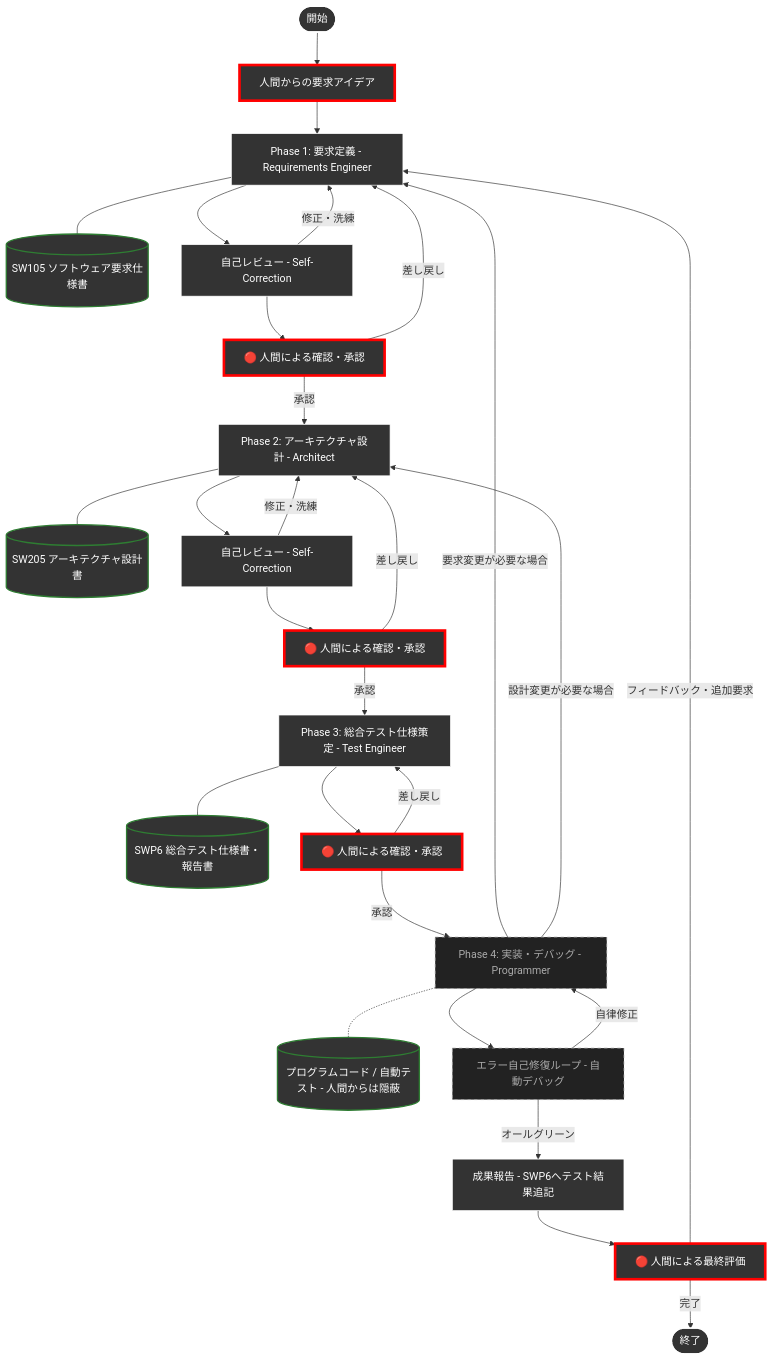
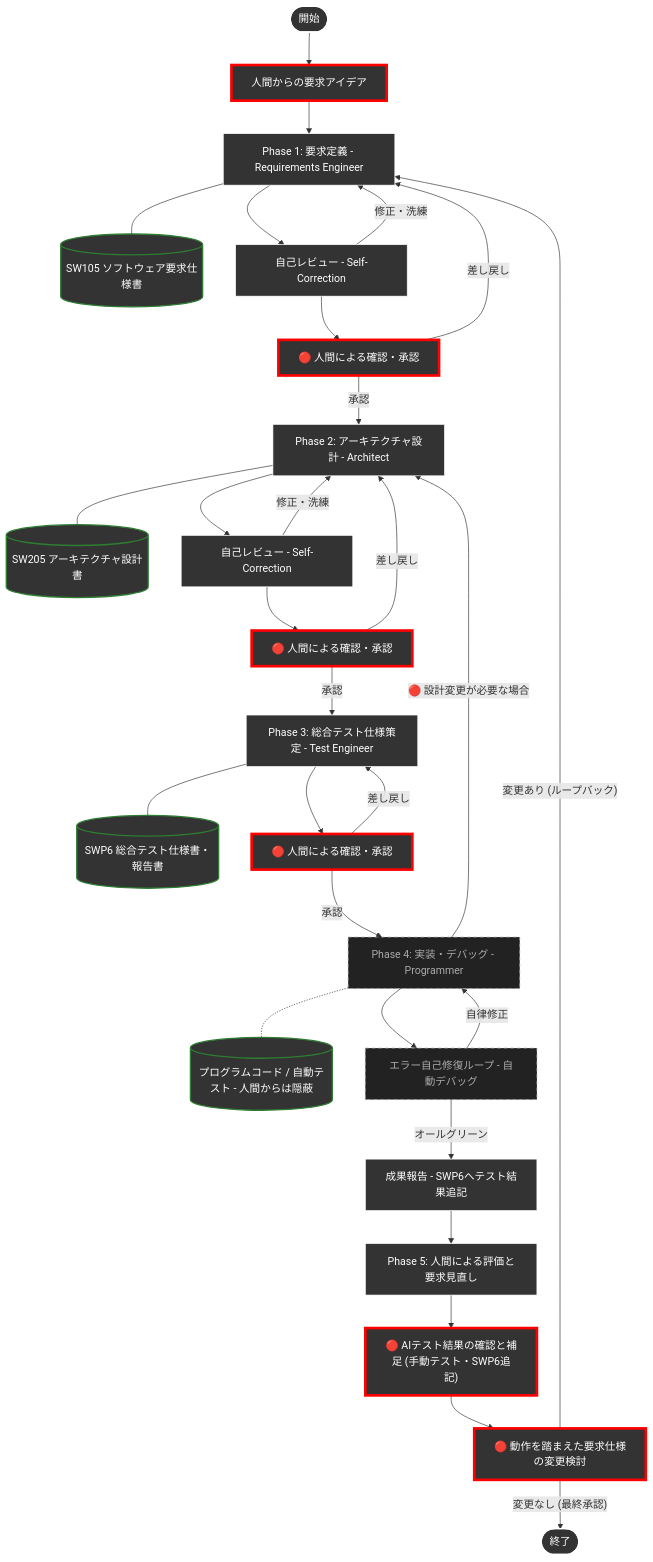
The diagram in README.md (yamaPiT/AntigravityTemplate), drawn with Mermaid before and after one commit. The commit also changed 4 other files, not shown here.

````diff
--- a/README.md
+++ b/README.md
@@ -86,53 +86,54 @@
 ```mermaid
 graph TD
     Start(["開始"]) --> UserReq["人間からの要求アイデア"]
     
     %% Phase 1
     UserReq --> Req["Phase 1: 要求定義 - Requirements Engineer"]
     Req --- ReqDoc[("SW105 ソフトウェア要求仕様書")]
     Req --> ReqRev["自己レビュー - Self-Correction"]
     ReqRev -- 修正・洗練 --> Req
     ReqRev --> ReqHum["🔴 人間による確認・承認"]
     ReqHum -- 差し戻し --> Req
     
     %% Phase 2
     ReqHum -- 承認 --> Arch["Phase 2: アーキテクチャ設計 - Architect"]
     Arch --- ArchDoc[("SW205 アーキテクチャ設計書")]
     Arch --> ArchRev["自己レビュー - Self-Correction"]
     ArchRev -- 修正・洗練 --> Arch
     ArchRev --> ArchHum["🔴 人間による確認・承認"]
     ArchHum -- 差し戻し --> Arch
     
     %% Phase 3
     ArchHum -- 承認 --> TestPlan["Phase 3: 総合テスト仕様策定 - Test Engineer"]
     TestPlan --- TestDoc[("SWP6 総合テスト仕様書・報告書")]
     TestPlan --> TestHum["🔴 人間による確認・承認"]
     TestHum -- 差し戻し --> TestPlan
     
     %% Phase 4
     TestHum -- 承認 --> Impl["Phase 4: 実装・デバッグ - Programmer"]
     Impl -.- ProgDoc[("プログラムコード / 自動テスト - 人間からは隠蔽")]
     Impl --> ImplLoop["エラー自己修復ループ - 自動デバッグ"]
     ImplLoop -- 自律修正 --> Impl
-    Impl -- 要求変更が必要な場合 --> Req
-    Impl -- 設計変更が必要な場合 --> Arch
+    Impl -- 🔴 設計変更が必要な場合 --> Arch
     
-    %% 成果報告
+    %% Phase 5: 成果報告と評価
     ImplLoop -- オールグリーン --> Report["成果報告 - SWP6へテスト結果追記"]
-    Report --> Approve["🔴 人間による最終評価"]
-    Approve -- フィードバック・追加要求 --> Req
-    Approve -- 完了 --> End(["終了"])
+    Report --> Eval["Phase 5: 人間による評価と要求見直し"]
+    Eval --> Eval1["🔴 AIテスト結果の確認と補足 (手動テスト・SWP6追記)"]
+    Eval1 --> Eval2["🔴 動作を踏まえた要求仕様の変更検討"]
+    Eval2 -- 変更あり (ループバック) --> Req
+    Eval2 -- 変更なし (最終承認) --> End(["終了"])
 
     %% スタイル定義
     classDef human fill:#333333,stroke:#ff0000,stroke-width:4px,color:#ffffff;
     classDef agent fill:#333333,stroke:#FFFFFF,stroke-width:1px,color:#ffffff;
     classDef doc fill:#333333,stroke:#2e7d32,stroke-width:2px,color:#ffffff;
     classDef hiddenAgent fill:#222222,stroke:#aaaaaa,stroke-width:1px,stroke-dasharray: 5 5,color:#aaaaaa;
     classDef startEnd fill:#333333,stroke:#ffffff,stroke-width:2px,color:#ffffff;
 
-    class UserReq,ReqHum,ArchHum,TestHum,Approve human;
-    class Req,ReqRev,Arch,ArchRev,TestPlan,Report agent;
+    class UserReq,ReqHum,ArchHum,TestHum,Eval1,Eval2 human;
+    class Req,ReqRev,Arch,ArchRev,TestPlan,Report,Eval agent;
     class Impl,ImplLoop hiddenAgent;
     class ReqDoc,ArchDoc,ProgDoc,TestDoc doc;
     class Start,End startEnd;
 ```
````
